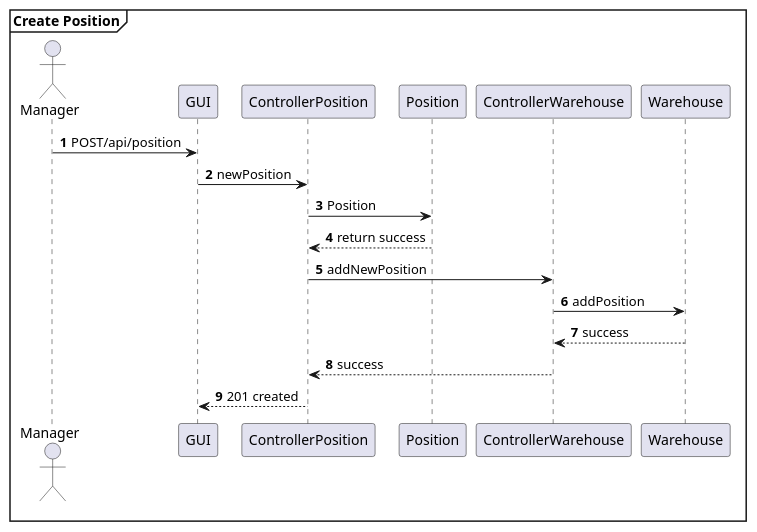
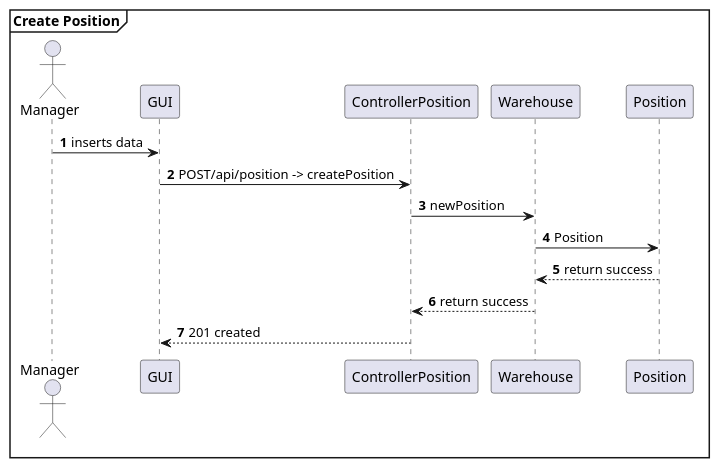
Before and after one commit to AlexZampa/EzWh: the sixth of 29 diagrams in DesignDocument.md, drawn with PlantUML. The commit also changed other lines of this file, not shown here.

````diff
--- a/DesignDocument.md
+++ b/DesignDocument.md
@@ -584,22 +597,19 @@
 ```plantuml
 mainframe **Create Position**
 actor Manager
 participant GUI
 participant ControllerPosition
+participant Warehouse
 participant Position
-participant ControllerWarehouse
-participant Warehouse
 
 autonumber
-Manager -> GUI : POST/api/position
-GUI -> ControllerPosition : newPosition
-ControllerPosition -> Position : Position
-ControllerPosition <-- Position : return success
-ControllerPosition -> ControllerWarehouse : addNewPosition
-ControllerWarehouse -> Warehouse : addPosition
-ControllerWarehouse <-- Warehouse : success
-ControllerPosition <-- ControllerWarehouse : success
+Manager -> GUI : inserts data
+GUI -> ControllerPosition : POST/api/position -> createPosition
+ControllerPosition -> Warehouse : newPosition
+Warehouse -> Position : Position
+Warehouse <-- Position : return success
+ControllerPosition <-- Warehouse : return success
 GUI <-- ControllerPosition : 201 created
 
 @enduml
 ```
````
